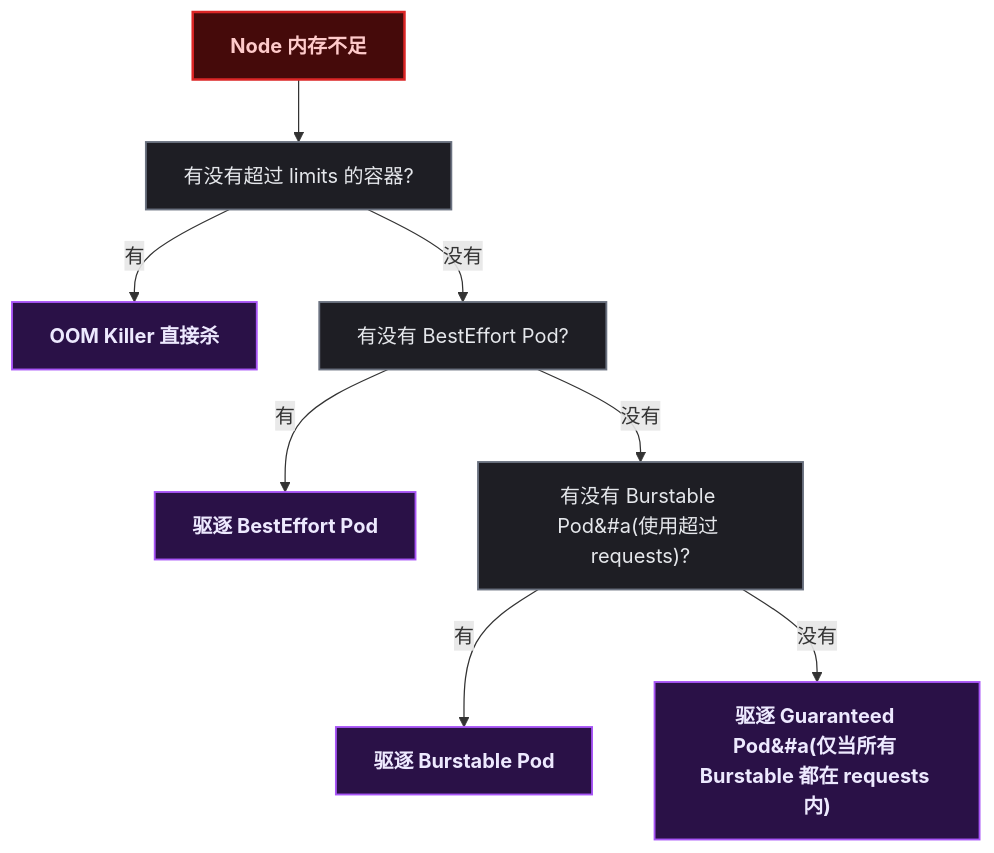
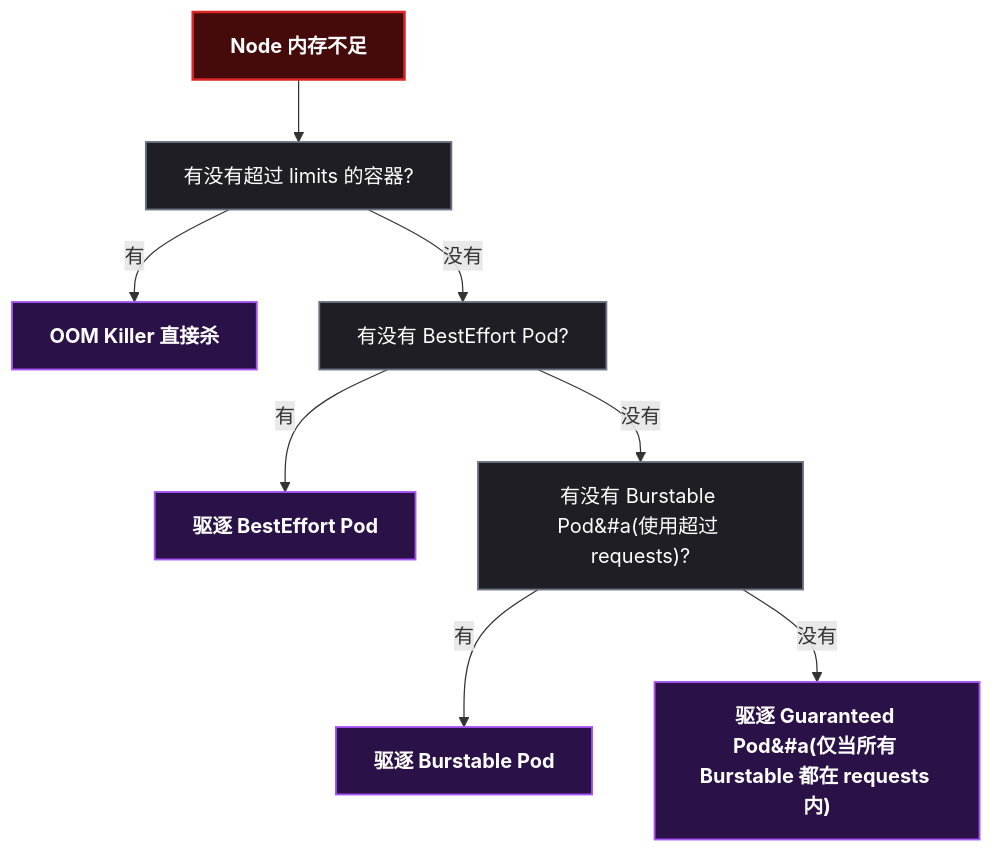
One commit to yaocat55/yaocat55.github.io changed the fifth of 5 diagrams in content/posts/kubernetes/PodSurvivalGuide.md. Above: the diagram before and after it, drawn with Mermaid. The commit also changed other lines of this file and 27 other files, not shown here.

Commit message:
docs: 全系列 93 张 Mermaid 图 classDef 改为 style 强制深底白字(修复部分渲染器白底浅字)+历史文件格式清理

````diff
--- a/content/posts/kubernetes/PodSurvivalGuide.md
+++ b/content/posts/kubernetes/PodSurvivalGuide.md
@@ -577,28 +569,27 @@
 ```mermaid
 flowchart TD
   NODE["Node 内存不足"]
   Q1["有没有超过 limits 的容器?"]
   KILL["OOM Killer 直接杀"]
   Q2["有没有 BestEffort Pod?"]
   EVICT["驱逐 BestEffort Pod"]
   Q3["有没有 Burstable Pod&#a(使用超过 requests)?"]
   EVICT2["驱逐 Burstable Pod"]
   Q4["驱逐 Guaranteed Pod&#a(仅当所有 Burstable 都在 requests 内)"]
 
   NODE --> Q1
   Q1 -->|"有"| KILL
   Q1 -->|"没有"| Q2
   Q2 -->|"有"| EVICT
   Q2 -->|"没有"| Q3
   Q3 -->|"有"| EVICT2
   Q3 -->|"没有"| Q4
-
-classDef start fill:#450a0a,stroke:#dc2626,stroke-width:2px,color:#fecaca,font-weight:bold;
-  class NODE start
-
-classDef action fill:#2a1147,stroke:#a855f7,stroke-width:1.5px,color:#ede9fe,font-weight:bold;
-  class KILL,EVICT,EVICT2,Q4 action
-
-classDef check fill:#1e1e24,stroke:#6b7280,stroke-width:1.5px,color:#e5e7eb;
-  class Q1,Q2,Q3 check
+    style NODE fill:#450a0a,stroke:#dc2626,stroke-width:2px,color:#ffffff,font-weight:bold
+    style KILL fill:#2a1147,stroke:#a855f7,stroke-width:1.5px,color:#ffffff,font-weight:bold
+    style EVICT fill:#2a1147,stroke:#a855f7,stroke-width:1.5px,color:#ffffff,font-weight:bold
+    style EVICT2 fill:#2a1147,stroke:#a855f7,stroke-width:1.5px,color:#ffffff,font-weight:bold
+    style Q4 fill:#2a1147,stroke:#a855f7,stroke-width:1.5px,color:#ffffff,font-weight:bold
+    style Q1 fill:#1e1e24,stroke:#6b7280,stroke-width:1.5px,color:#ffffff
+    style Q2 fill:#1e1e24,stroke:#6b7280,stroke-width:1.5px,color:#ffffff
+    style Q3 fill:#1e1e24,stroke:#6b7280,stroke-width:1.5px,color:#ffffff
 ```
````
